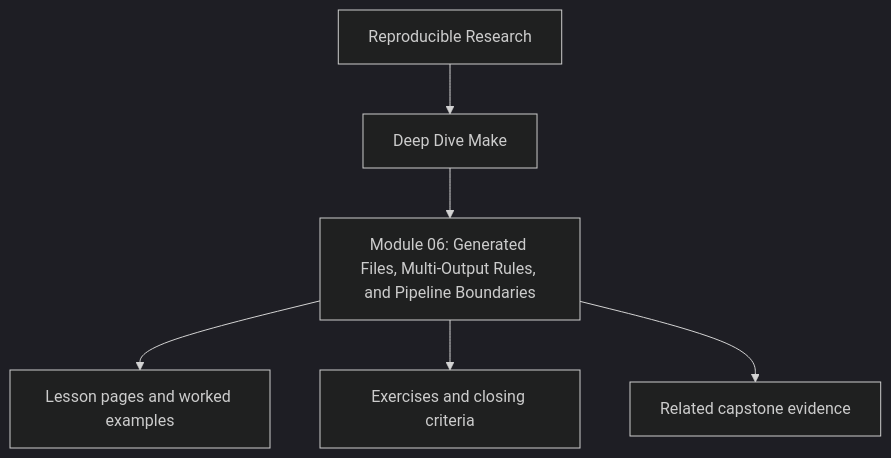
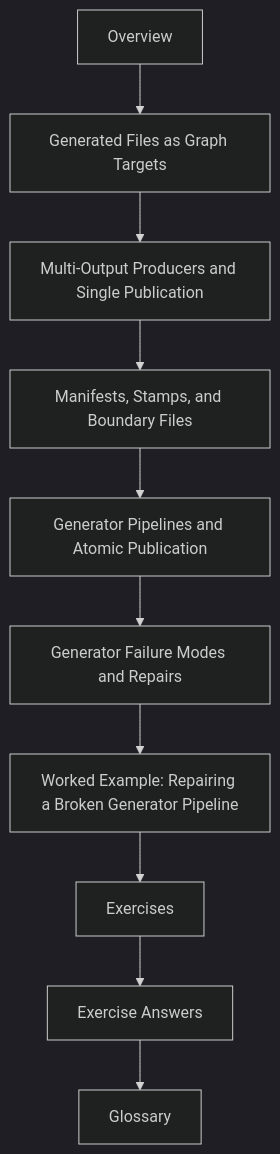
The diagram in programs/reproducible-research/deep-dive-make/course-book/module-06-generated-files-multi-output-pipeline-boundaries/index.md (bijux/bijux-masterclass), drawn with Mermaid (dark theme) before and after one commit. The commit also changed other lines of this file and 9 other files, not shown here.

Commit message:
docs(make): establish module 06 course-book structure

````diff
--- a/programs/reproducible-research/deep-dive-make/course-book/module-06-generated-files-multi-output-pipeline-boundaries/index.md
+++ b/programs/reproducible-research/deep-dive-make/course-book/module-06-generated-files-multi-output-pipeline-boundaries/index.md
@@ -9,8 +24,12 @@
 ```mermaid
 flowchart TD
-  family["Reproducible Research"] --> program["Deep Dive Make"]
-  program --> module["Module 06: Generated Files, Multi-Output Rules, and Pipeline Boundaries"]
-  module --> lessons["Lesson pages and worked examples"]
-  module --> checkpoints["Exercises and closing criteria"]
-  module --> capstone["Related capstone evidence"]
+  start["Overview"] --> core1["Generated Files as Graph Targets"]
+  core1 --> core2["Multi-Output Producers and Single Publication"]
+  core2 --> core3["Manifests, Stamps, and Boundary Files"]
+  core3 --> core4["Generator Pipelines and Atomic Publication"]
+  core4 --> core5["Generator Failure Modes and Repairs"]
+  core5 --> example["Worked Example: Repairing a Broken Generator Pipeline"]
+  example --> practice["Exercises"]
+  practice --> answers["Exercise Answers"]
+  answers --> glossary["Glossary"]
 ```
````
